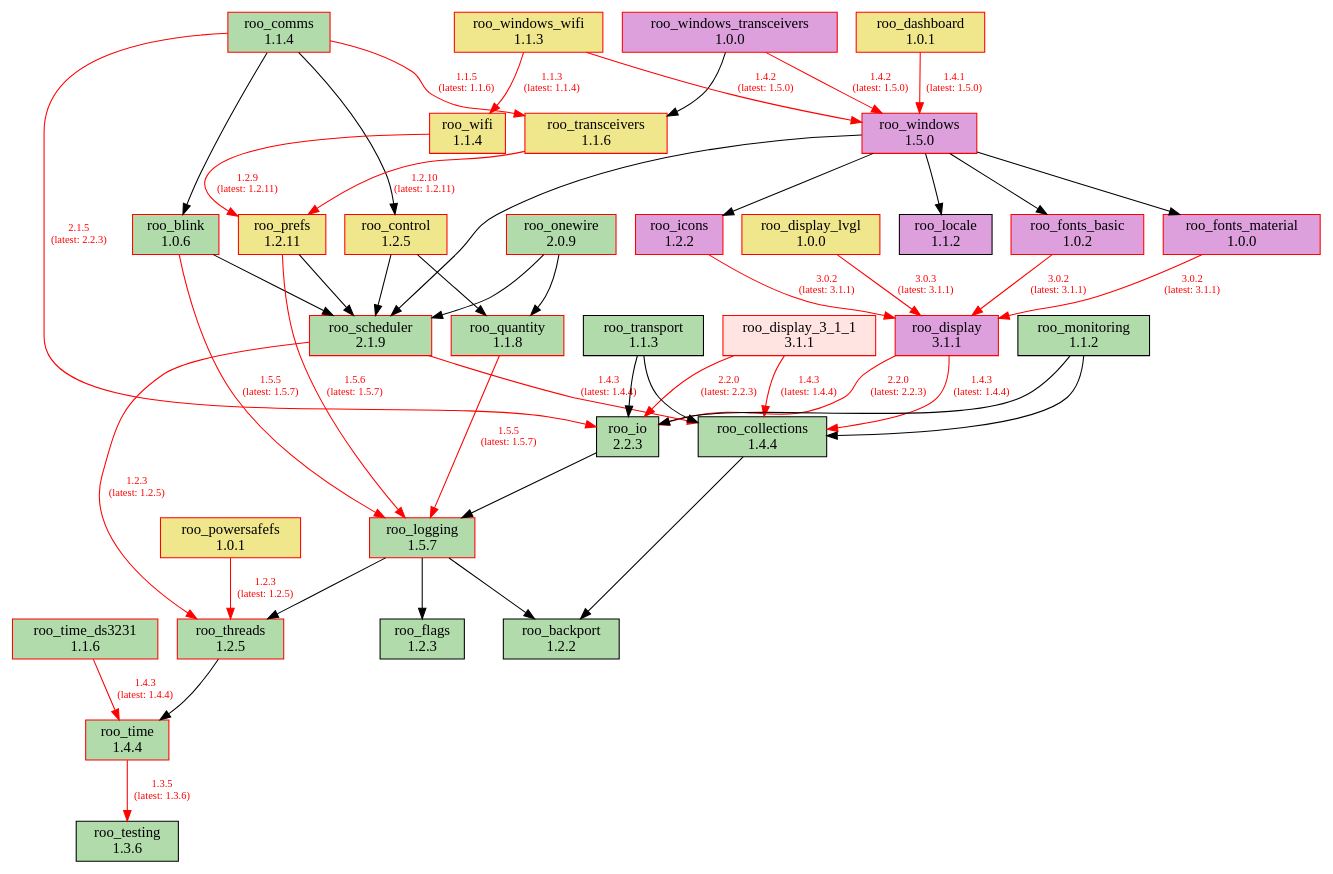
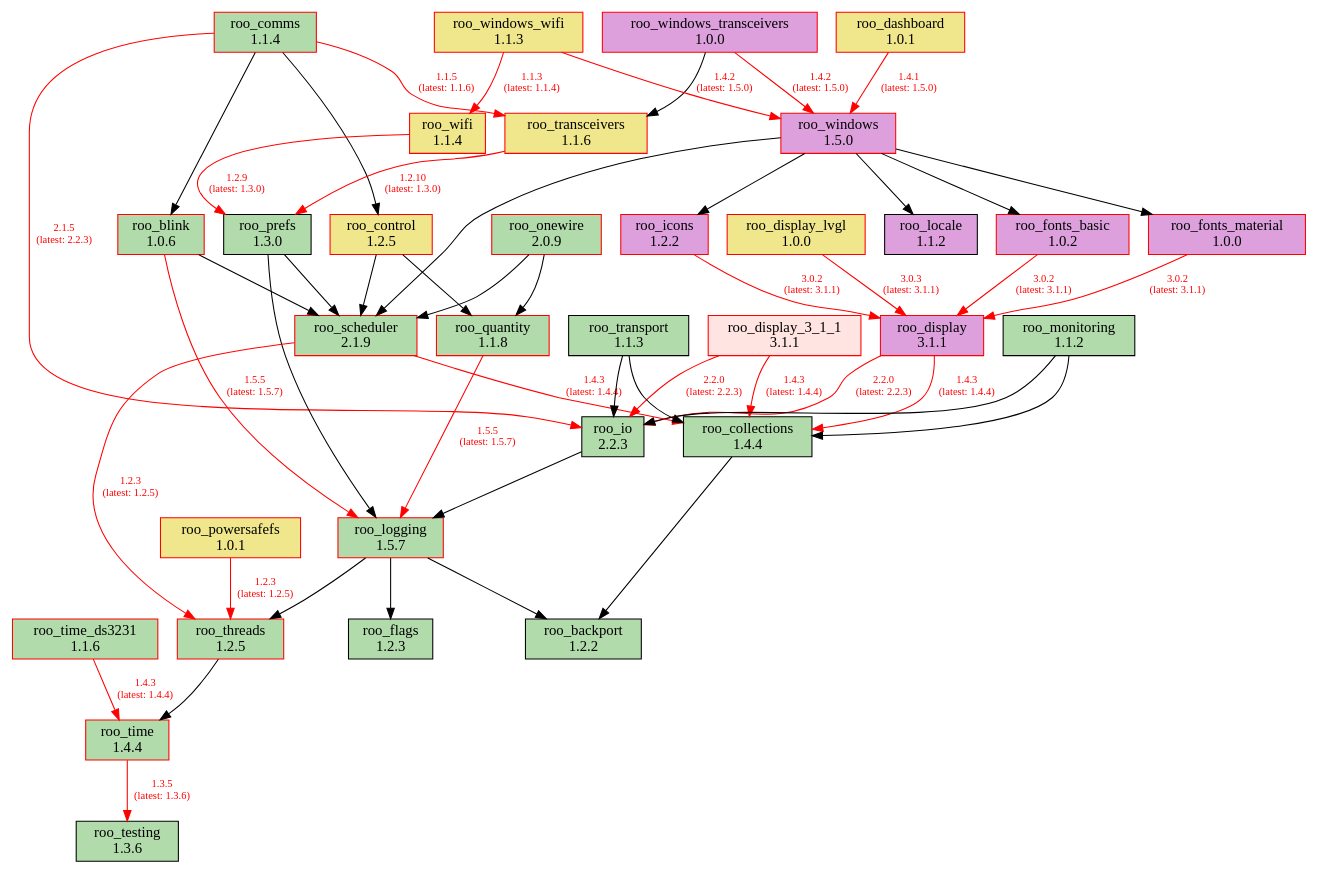
One commit to dejwk/roo-registry changed the diagram in doc/dependencies.dot. Above: the diagram before and after it, drawn with Graphviz. The commit also changed 3 other files, not shown here.

Commit message:
Added roo_prefs 1.3.0 to the registry.

```diff
--- a/doc/dependencies.dot
+++ b/doc/dependencies.dot
@@ -1,89 +1,89 @@
 digraph dependencies {
     rankdir=TB;
     node [shape=box, style=filled];
     edge [fontsize=10];
 
     // Modules
     "roo_backport" [label="roo_backport\n1.2.2", fillcolor="#b1dbab", color="black"];
     "roo_blink" [label="roo_blink\n1.0.6", fillcolor="#b1dbab", color="red"];
     "roo_collections" [label="roo_collections\n1.4.4", fillcolor="#b1dbab", color="black"];
     "roo_comms" [label="roo_comms\n1.1.4", fillcolor="#b1dbab", color="red"];
     "roo_control" [label="roo_control\n1.2.5", fillcolor="khaki", color="red"];
     "roo_dashboard" [label="roo_dashboard\n1.0.1", fillcolor="khaki", color="red"];
     "roo_display" [label="roo_display\n3.1.1", fillcolor="plum", color="red"];
     "roo_display_3_1_1" [label="roo_display_3_1_1\n3.1.1", fillcolor="mistyrose", color="red"];
     "roo_display_lvgl" [label="roo_display_lvgl\n1.0.0", fillcolor="khaki", color="red"];
     "roo_flags" [label="roo_flags\n1.2.3", fillcolor="#b1dbab", color="black"];
     "roo_fonts_basic" [label="roo_fonts_basic\n1.0.2", fillcolor="plum", color="red"];
     "roo_fonts_material" [label="roo_fonts_material\n1.0.0", fillcolor="plum", color="red"];
     "roo_icons" [label="roo_icons\n1.2.2", fillcolor="plum", color="red"];
     "roo_io" [label="roo_io\n2.2.3", fillcolor="#b1dbab", color="black"];
     "roo_locale" [label="roo_locale\n1.1.2", fillcolor="plum", color="black"];
     "roo_logging" [label="roo_logging\n1.5.7", fillcolor="#b1dbab", color="red"];
     "roo_monitoring" [label="roo_monitoring\n1.1.2", fillcolor="#b1dbab", color="black"];
     "roo_onewire" [label="roo_onewire\n2.0.9", fillcolor="#b1dbab", color="red"];
     "roo_powersafefs" [label="roo_powersafefs\n1.0.1", fillcolor="khaki", color="red"];
-    "roo_prefs" [label="roo_prefs\n1.2.11", fillcolor="khaki", color="red"];
+    "roo_prefs" [label="roo_prefs\n1.3.0", fillcolor="#b1dbab", color="black"];
     "roo_quantity" [label="roo_quantity\n1.1.8", fillcolor="#b1dbab", color="red"];
     "roo_scheduler" [label="roo_scheduler\n2.1.9", fillcolor="#b1dbab", color="red"];
     "roo_testing" [label="roo_testing\n1.3.6", fillcolor="#b1dbab", color="black"];
     "roo_threads" [label="roo_threads\n1.2.5", fillcolor="#b1dbab", color="red"];
     "roo_time" [label="roo_time\n1.4.4", fillcolor="#b1dbab", color="red"];
     "roo_time_ds3231" [label="roo_time_ds3231\n1.1.6", fillcolor="#b1dbab", color="red"];
     "roo_transceivers" [label="roo_transceivers\n1.1.6", fillcolor="khaki", color="red"];
     "roo_transport" [label="roo_transport\n1.1.3", fillcolor="#b1dbab", color="black"];
     "roo_wifi" [label="roo_wifi\n1.1.4", fillcolor="khaki", color="red"];
     "roo_windows" [label="roo_windows\n1.5.0", fillcolor="plum", color="red"];
     "roo_windows_transceivers" [label="roo_windows_transceivers\n1.0.0", fillcolor="plum", color="red"];
     "roo_windows_wifi" [label="roo_windows_wifi\n1.1.3", fillcolor="khaki", color="red"];
 
     // Dependencies
     "roo_blink" -> "roo_logging" [color=red, fontcolor=red, label="1.5.5\n(latest: 1.5.7)"];
     "roo_blink" -> "roo_scheduler";
     "roo_collections" -> "roo_backport";
     "roo_comms" -> "roo_blink";
     "roo_comms" -> "roo_control";
     "roo_comms" -> "roo_io" [color=red, fontcolor=red, label="2.1.5\n(latest: 2.2.3)"];
     "roo_comms" -> "roo_transceivers" [color=red, fontcolor=red, label="1.1.5\n(latest: 1.1.6)"];
     "roo_control" -> "roo_quantity";
     "roo_control" -> "roo_scheduler";
     "roo_dashboard" -> "roo_windows" [color=red, fontcolor=red, label="1.4.1\n(latest: 1.5.0)"];
     "roo_display" -> "roo_collections" [color=red, fontcolor=red, label="1.4.3\n(latest: 1.4.4)"];
     "roo_display" -> "roo_io" [color=red, fontcolor=red, label="2.2.0\n(latest: 2.2.3)"];
     "roo_display_3_1_1" -> "roo_collections" [color=red, fontcolor=red, label="1.4.3\n(latest: 1.4.4)"];
     "roo_display_3_1_1" -> "roo_io" [color=red, fontcolor=red, label="2.2.0\n(latest: 2.2.3)"];
     "roo_display_lvgl" -> "roo_display" [color=red, fontcolor=red, label="3.0.3\n(latest: 3.1.1)"];
     "roo_fonts_basic" -> "roo_display" [color=red, fontcolor=red, label="3.0.2\n(latest: 3.1.1)"];
     "roo_fonts_material" -> "roo_display" [color=red, fontcolor=red, label="3.0.2\n(latest: 3.1.1)"];
     "roo_icons" -> "roo_display" [color=red, fontcolor=red, label="3.0.2\n(latest: 3.1.1)"];
     "roo_io" -> "roo_logging";
     "roo_logging" -> "roo_backport";
     "roo_logging" -> "roo_flags";
     "roo_logging" -> "roo_threads";
     "roo_monitoring" -> "roo_collections";
     "roo_monitoring" -> "roo_io";
     "roo_onewire" -> "roo_scheduler";
     "roo_onewire" -> "roo_quantity";
     "roo_powersafefs" -> "roo_threads" [color=red, fontcolor=red, label="1.2.3\n(latest: 1.2.5)"];
-    "roo_prefs" -> "roo_logging" [color=red, fontcolor=red, label="1.5.6\n(latest: 1.5.7)"];
+    "roo_prefs" -> "roo_logging";
     "roo_prefs" -> "roo_scheduler";
     "roo_quantity" -> "roo_logging" [color=red, fontcolor=red, label="1.5.5\n(latest: 1.5.7)"];
     "roo_scheduler" -> "roo_collections" [color=red, fontcolor=red, label="1.4.3\n(latest: 1.4.4)"];
     "roo_scheduler" -> "roo_threads" [color=red, fontcolor=red, label="1.2.3\n(latest: 1.2.5)"];
     "roo_threads" -> "roo_time";
     "roo_time" -> "roo_testing" [color=red, fontcolor=red, label="1.3.5\n(latest: 1.3.6)"];
     "roo_time_ds3231" -> "roo_time" [color=red, fontcolor=red, label="1.4.3\n(latest: 1.4.4)"];
-    "roo_transceivers" -> "roo_prefs" [color=red, fontcolor=red, label="1.2.10\n(latest: 1.2.11)"];
+    "roo_transceivers" -> "roo_prefs" [color=red, fontcolor=red, label="1.2.10\n(latest: 1.3.0)"];
     "roo_transport" -> "roo_collections";
     "roo_transport" -> "roo_io";
-    "roo_wifi" -> "roo_prefs" [color=red, fontcolor=red, label="1.2.9\n(latest: 1.2.11)"];
+    "roo_wifi" -> "roo_prefs" [color=red, fontcolor=red, label="1.2.9\n(latest: 1.3.0)"];
     "roo_windows" -> "roo_fonts_basic";
     "roo_windows" -> "roo_fonts_material";
     "roo_windows" -> "roo_locale";
     "roo_windows" -> "roo_icons";
     "roo_windows" -> "roo_scheduler";
     "roo_windows_transceivers" -> "roo_transceivers";
     "roo_windows_transceivers" -> "roo_windows" [color=red, fontcolor=red, label="1.4.2\n(latest: 1.5.0)"];
     "roo_windows_wifi" -> "roo_wifi" [color=red, fontcolor=red, label="1.1.3\n(latest: 1.1.4)"];
     "roo_windows_wifi" -> "roo_windows" [color=red, fontcolor=red, label="1.4.2\n(latest: 1.5.0)"];
 }
```
